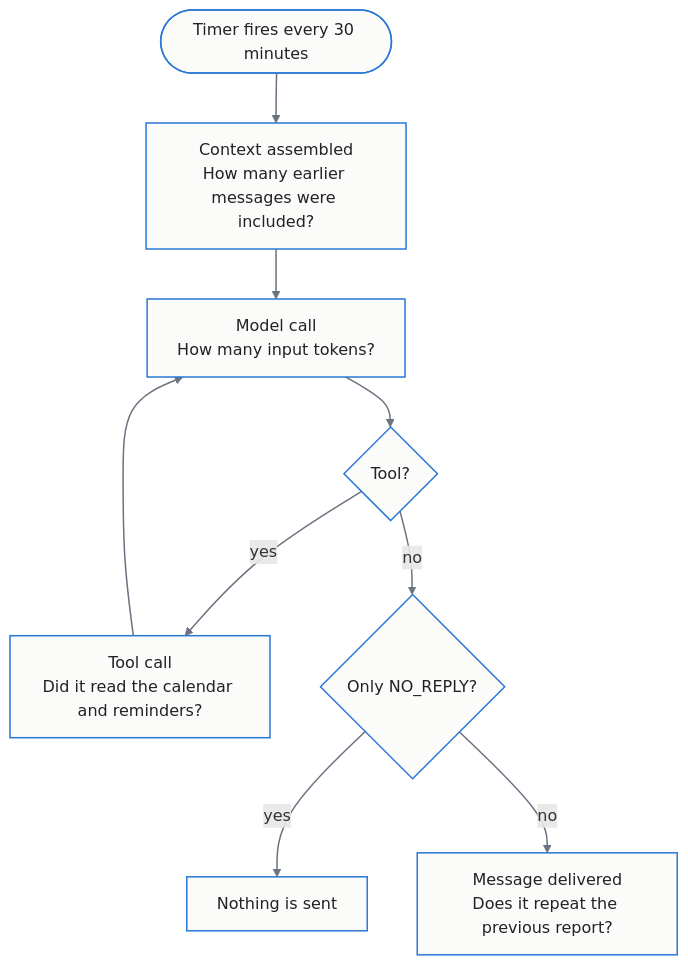
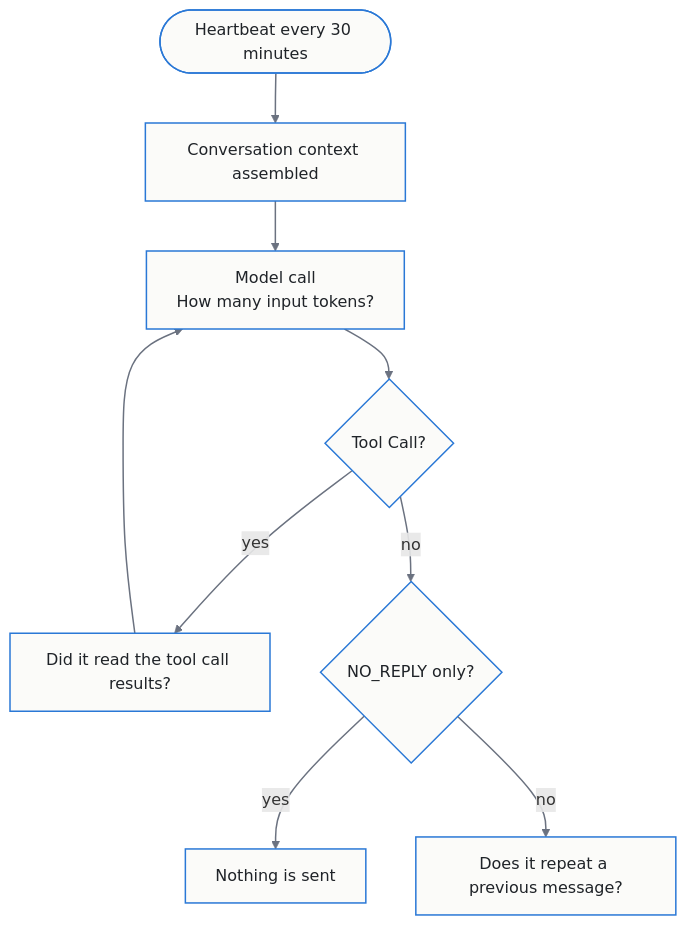
The third of 3 diagrams in README.md (tildahh/openclaw-analysis), drawn with Mermaid before and after one commit. The commit also changed other lines of this file, not shown here.

````diff
--- a/README.md
+++ b/README.md
@@ -261,13 +259,13 @@
 ```mermaid
 flowchart TD
-    T(["Timer fires every 30 minutes"]) --> C["Context assembled<br/>How many earlier messages were included?"]
+    T(["Heartbeat every 30 minutes"]) --> C["Conversation context assembled"]
     C --> M["Model call<br/>How many input tokens?"]
-    M --> Q{"Tool?"}
-    Q -- yes --> TL["Tool call<br/>Did it read the calendar and reminders?"]
+    M --> Q{"Tool Call?"}
+    Q -- yes --> TL["Did it read the tool call results?"]
     TL --> M
-    Q -- no --> R{"Only NO_REPLY?"}
+    Q -- no --> R{"NO_REPLY only?"}
     R -- yes --> S["Nothing is sent"]
-    R -- no --> D["Message delivered<br/>Does it repeat the previous report?"]
+    R -- no --> D["Does it repeat a previous message?"]
     classDef default fill:#FBFBF9,stroke:#2A78D6,stroke-width:1.5px,color:#1F2328
     linkStyle default stroke:#6B7280,stroke-width:1.5px
 ```
````
